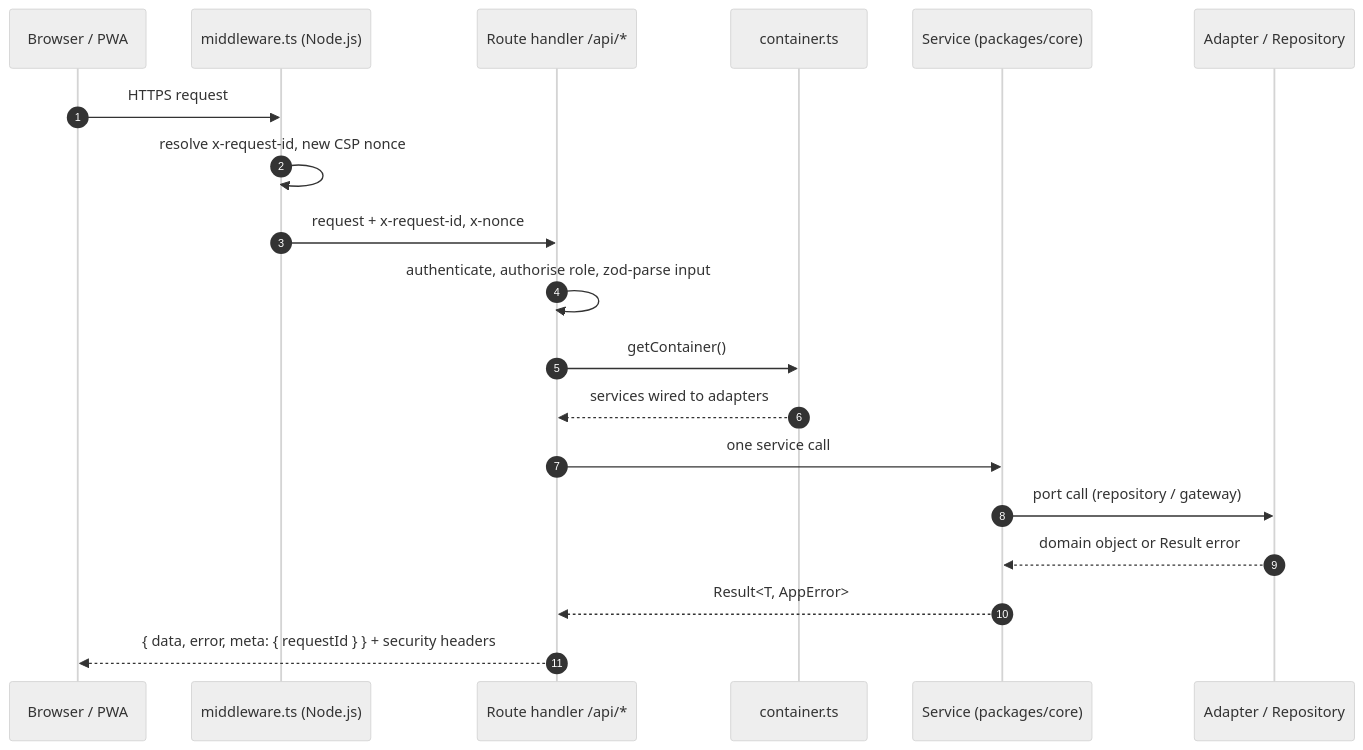
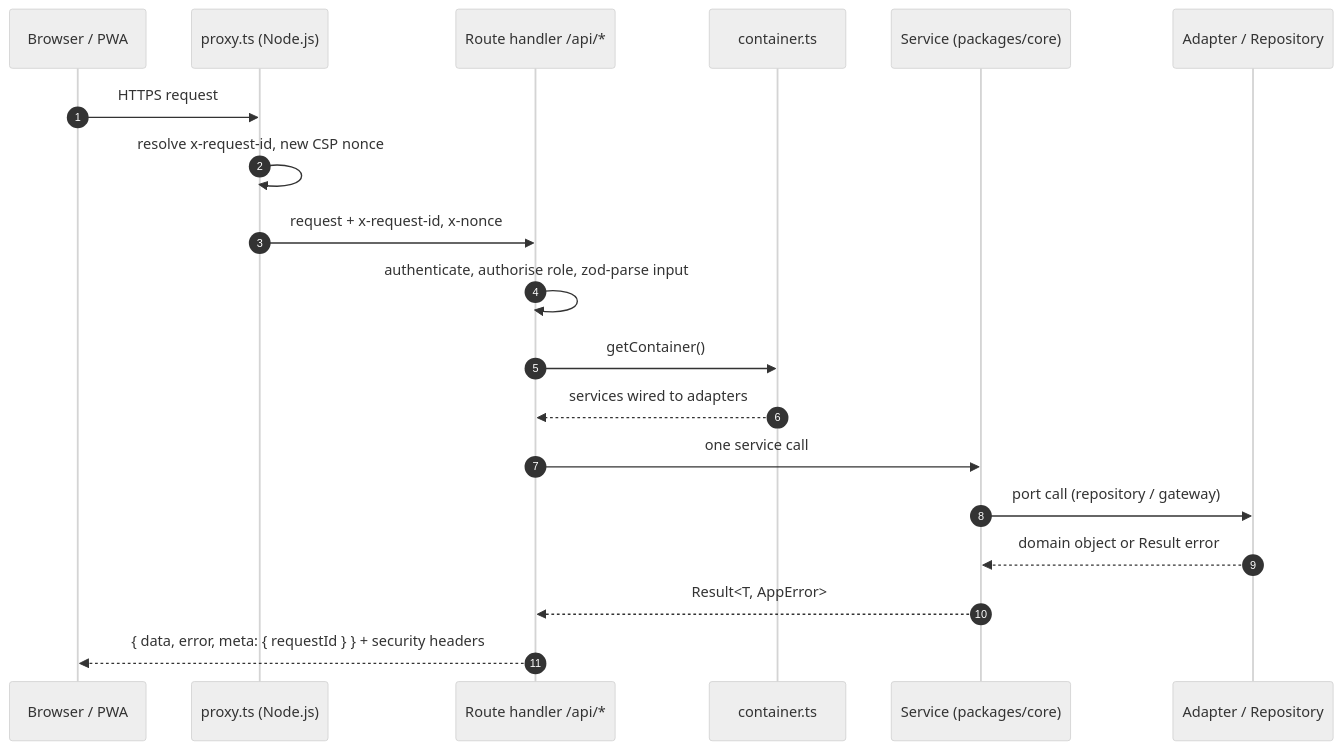
Before and after one commit to Klik-Go/delivery-services: the first of 2 diagrams in docs/ARCHITECTURE.md, drawn with Mermaid (neutral theme). The commit also changed other lines of this file and 62 other files, not shown here.

````diff
--- a/docs/ARCHITECTURE.md
+++ b/docs/ARCHITECTURE.md
@@ -32,21 +32,21 @@
 ```mermaid
 sequenceDiagram
   autonumber
   participant B as Browser / PWA
-  participant M as middleware.ts (Node.js)
+  participant M as proxy.ts (Node.js)
   participant R as Route handler /api/*
   participant C as container.ts
   participant S as Service (packages/core)
   participant A as Adapter / Repository
   B->>M: HTTPS request
   M->>M: resolve x-request-id, new CSP nonce
   M->>R: request + x-request-id, x-nonce
   R->>R: authenticate, authorise role, zod-parse input
   R->>C: getContainer()
   C-->>R: services wired to adapters
   R->>S: one service call
   S->>A: port call (repository / gateway)
   A-->>S: domain object or Result error
   S-->>R: Result<T, AppError>
   R-->>B: { data, error, meta: { requestId } } + security headers
 ```
````
